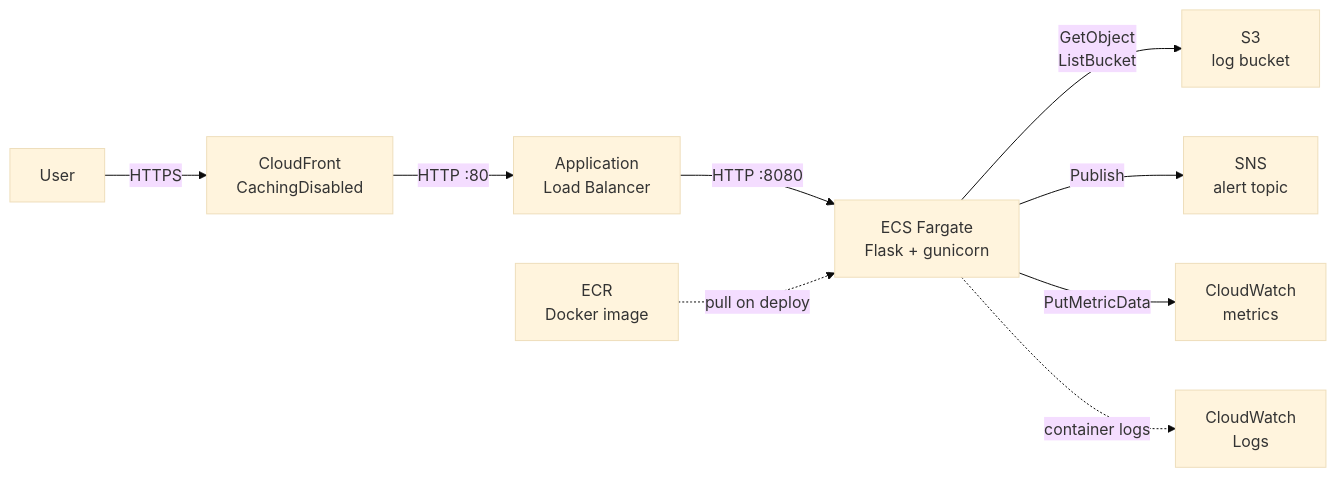
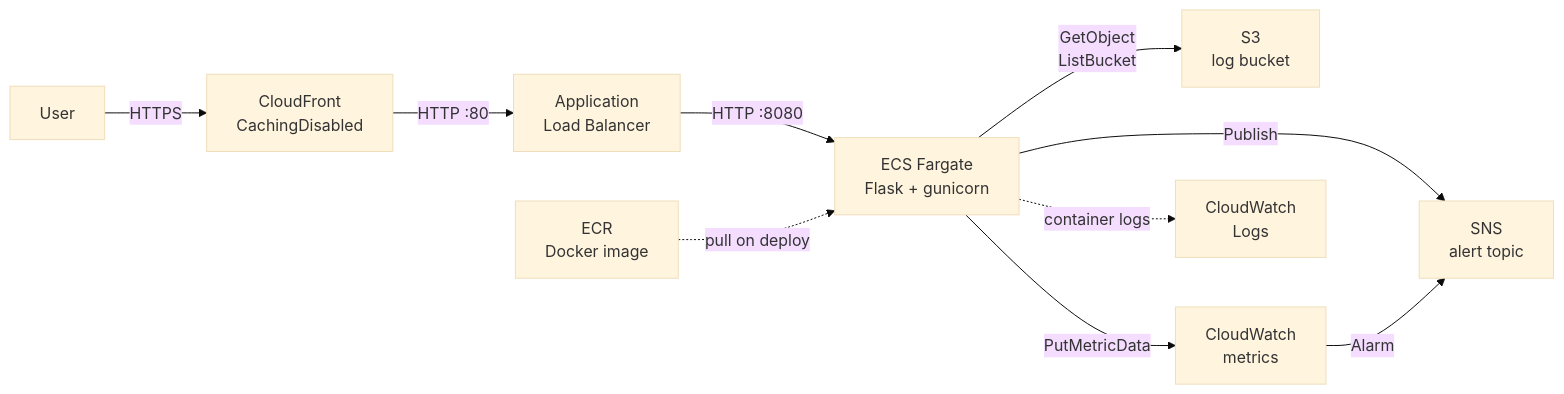
Before and after one commit to rgutmen/log-analytics-service: the diagram in README.md, drawn with Mermaid (base theme). The commit also changed other lines of this file, not shown here.

Commit message:
docs: update README for CloudWatch alarm and terraform path filter

````diff
--- a/README.md
+++ b/README.md
@@ -99,11 +99,12 @@
 ```mermaid
 flowchart LR
     User -->|HTTPS| CF[CloudFront\nCachingDisabled]
     CF -->|HTTP :80| ALB[Application\nLoad Balancer]
     ALB -->|HTTP :8080| ECS[ECS Fargate\nFlask + gunicorn]
     ECS -->|GetObject\nListBucket| S3[S3\nlog bucket]
     ECS -->|Publish| SNS[SNS\nalert topic]
     ECS -->|PutMetricData| CW[CloudWatch\nmetrics]
+    CW -->|Alarm| SNS
     ECR[ECR\nDocker image] -.->|pull on deploy| ECS
     ECS -.->|container logs| CWL[CloudWatch\nLogs]
 ```
````
